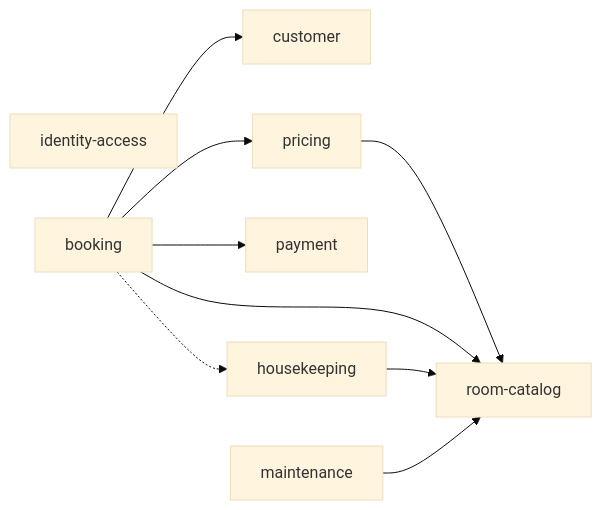
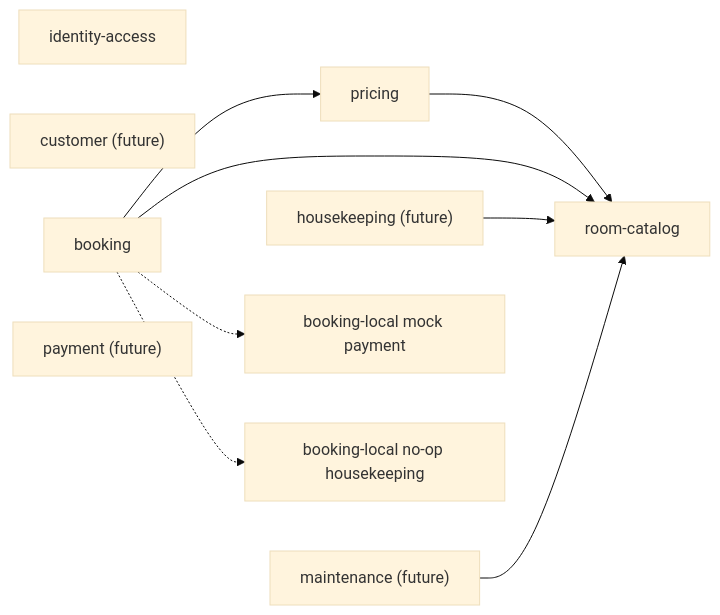
Before and after one commit to dinhhuy-dev/hotel-api: the second of 2 diagrams in docs/architecture.md, drawn with Mermaid (base theme). The commit also changed other lines of this file and 71 other files, not shown here.

````diff
--- a/docs/architecture.md
+++ b/docs/architecture.md
@@ -63,21 +63,22 @@
 ```mermaid
 flowchart LR
     Identity["identity-access"]
-    Customer["customer"]
+    Customer["customer (future)"]
     Rooms["room-catalog"]
     Pricing["pricing"]
     Booking["booking"]
-    Payment["payment"]
-    Housekeeping["housekeeping"]
-    Maintenance["maintenance"]
+    Payment["payment (future)"]
+    Housekeeping["housekeeping (future)"]
+    Maintenance["maintenance (future)"]
+    MockPayment["booking-local mock payment"]
+    MockHousekeeping["booking-local no-op housekeeping"]
 
     Pricing --> Rooms
     Booking --> Rooms
     Booking --> Pricing
-    Booking --> Customer
-    Booking --> Payment
     Housekeeping --> Rooms
     Maintenance --> Rooms
 
-    Booking -.-> Housekeeping
+    Booking -.-> MockPayment
+    Booking -.-> MockHousekeeping
 ```
````
